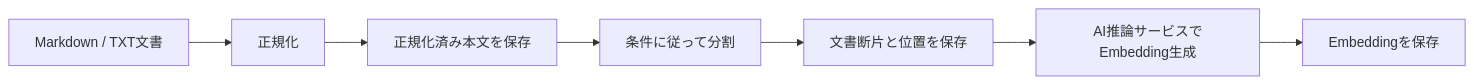
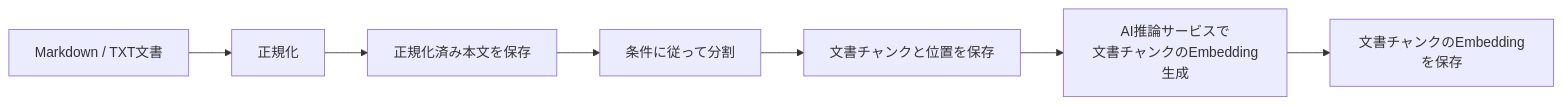
The third of 6 diagrams in RAGScope/docs/design/システムアーキテクチャ.md (takashit16833/RAGScope), drawn with Mermaid before and after one commit. The commit also changed other lines of this file and 22 other files, not shown here.

````diff
--- a/RAGScope/docs/design/システムアーキテクチャ.md
+++ b/RAGScope/docs/design/システムアーキテクチャ.md
@@ -200,9 +201,9 @@
 ```mermaid
 flowchart LR
     Source["Markdown / TXT文書"] --> Normalize["正規化"]
     Normalize --> StoreDocument["正規化済み本文を保存"]
     StoreDocument --> Chunk["条件に従って分割"]
-    Chunk --> StoreChunk["文書断片と位置を保存"]
-    StoreChunk --> Embed["AI推論サービスでEmbedding生成"]
-    Embed --> StoreEmbedding["Embeddingを保存"]
+    Chunk --> StoreChunk["文書チャンクと位置を保存"]
+    StoreChunk --> Embed["AI推論サービスで<br>文書チャンクのEmbedding生成"]
+    Embed --> StoreEmbedding["文書チャンクのEmbeddingを保存"]
 ```
````
